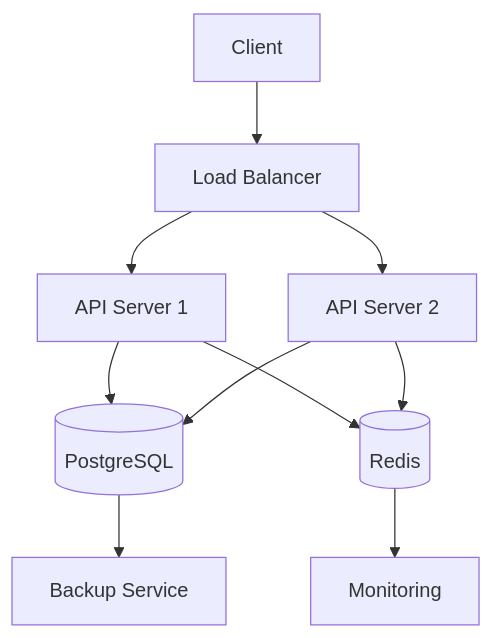
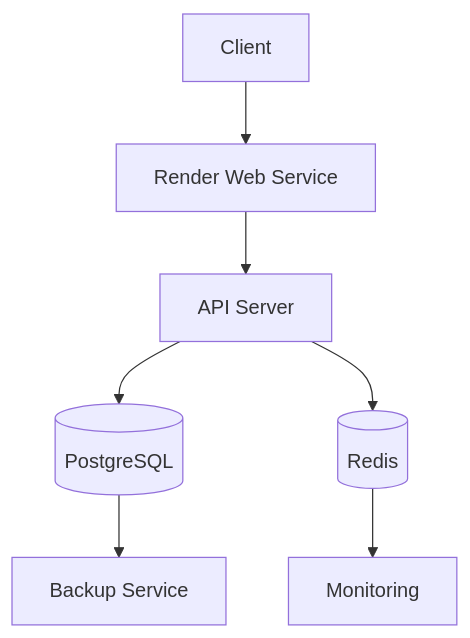
One commit to CodeGallantX/kitodeck-be changed the first of 2 diagrams in README.md. Above: the diagram before and after it, drawn with Mermaid. The commit also changed other lines of this file, not shown here.

````diff
--- a/README.md
+++ b/README.md
@@ -70,12 +76,9 @@
 ```mermaid
 graph TD
-    A[Client] --> B[Load Balancer]
-    B --> C[API Server 1]
-    B --> D[API Server 2]
-    C --> E[(PostgreSQL)]
-    D --> E
-    C --> F[(Redis)]
-    D --> F
-    E --> G[Backup Service]
-    F --> H[Monitoring]
+    A[Client] --> B[Render Web Service]
+    B --> C[API Server]
+    C --> D[(PostgreSQL)]
+    C --> E[(Redis)]
+    D --> F[Backup Service]
+    E --> G[Monitoring]
 ```
````
